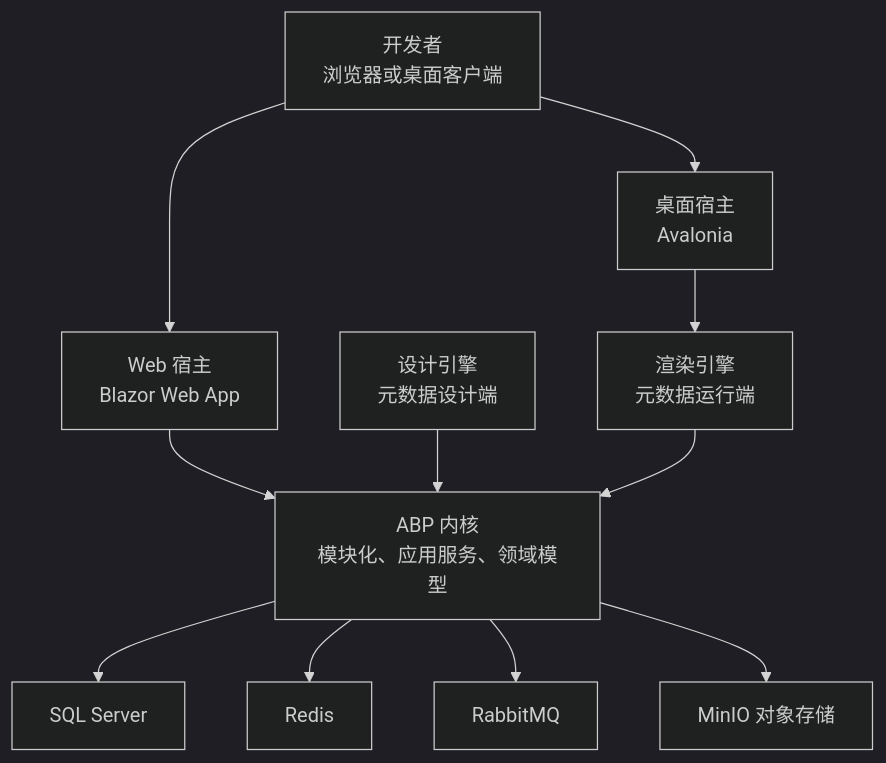
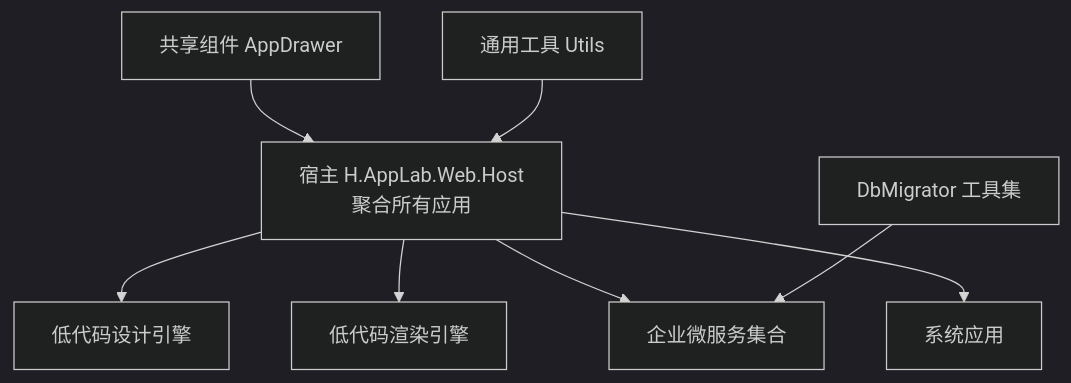
One commit to openlowcodelab/lowcode changed the first of 6 diagrams in .qoder/repowiki/zh/content/项目概述.md. Above: the diagram before and after it, drawn with Mermaid (dark theme). The commit also changed other lines of this file and 223 other files, not shown here.

````diff
--- a/.qoder/repowiki/zh/content/项目概述.md
+++ b/.qoder/repowiki/zh/content/项目概述.md
@@ -157,24 +59,10 @@
 ```mermaid
 graph TB
-    Dev["开发者<br/>浏览器或桌面客户端"]
-    WebHost["Web 宿主<br/>Blazor Web App"]
-    DesktopHost["桌面宿主<br/>Avalonia"]
-    AbpKernel["ABP 内核<br/>模块化、应用服务、领域模型"]
-    Database["SQL Server"]
-    Cache["Redis"]
-    MQ["RabbitMQ"]
-    Storage["MinIO 对象存储"]
-    Design["设计引擎<br/>元数据设计端"]
-    Render["渲染引擎<br/>元数据运行端"]
-
-    Dev --> WebHost
-    Dev --> DesktopHost
-    WebHost --> AbpKernel
-    DesktopHost --> Render
-    Design --> AbpKernel
-    Render --> AbpKernel
-    AbpKernel --> Database
-    AbpKernel --> Cache
-    AbpKernel --> MQ
-    AbpKernel --> Storage
+    Host["宿主 H.AppLab.Web.Host<br/>聚合所有应用"] --> LowCodeDesign["低代码设计引擎"]
+    Host --> LowCodeRender["低代码渲染引擎"]
+    Host --> Services["企业微服务集合"]
+    Host --> SystemApps["系统应用"]
+    Components["共享组件 AppDrawer"] --> Host
+    Utils["通用工具 Utils"] --> Host
+    Tools["DbMigrator 工具集"] --> Services
 ```
````
